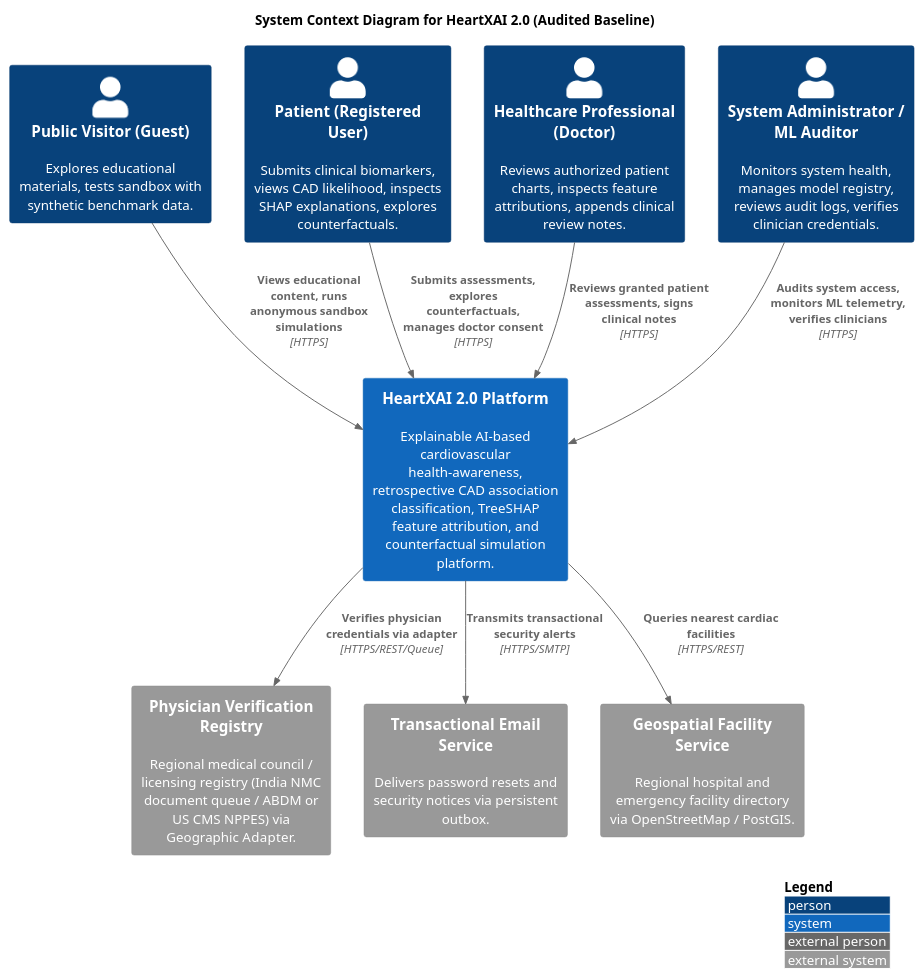
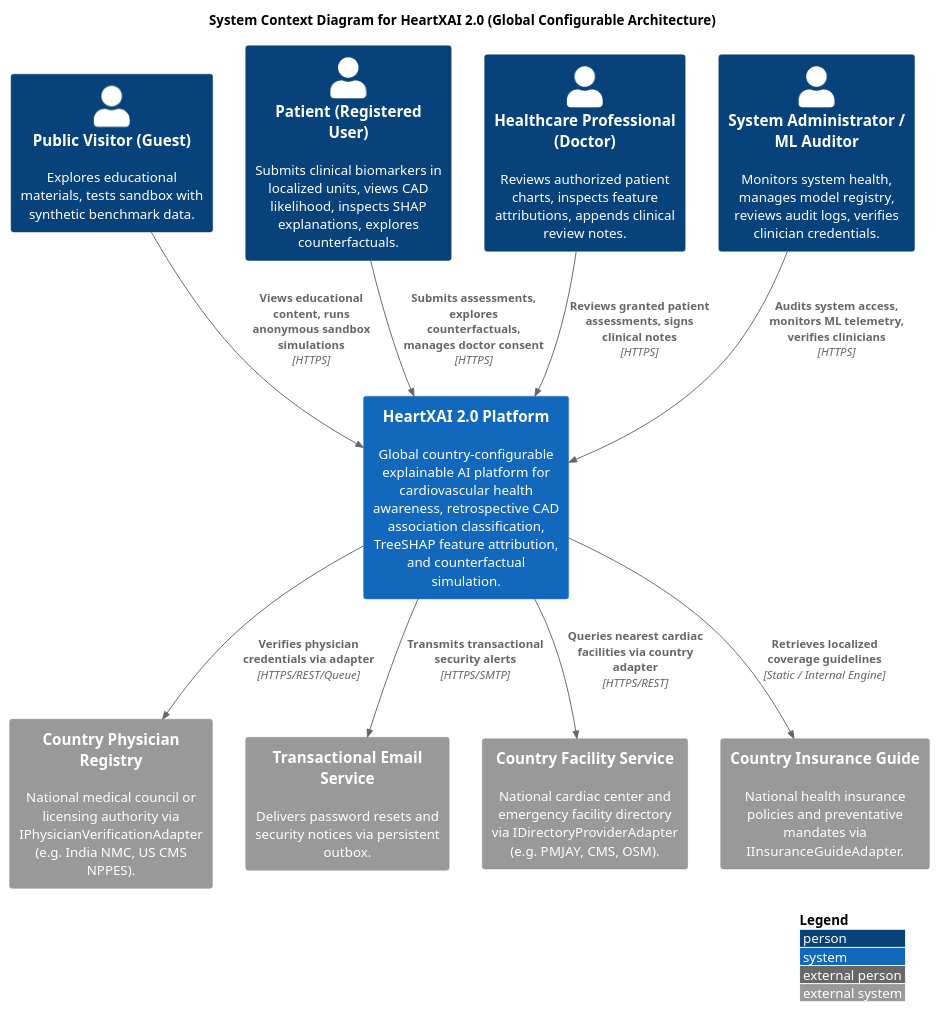
One commit to sandeep-kumar-270904/Heart-Disease-Risk-Prediction changed the diagram in docs/diagrams/c4_context.puml. Above: the diagram before and after it, drawn with PlantUML. The commit also changed 15 other files, not shown here.

Commit message:
docs(phase-3): ratify global country-configurable architecture across 8 modules, adapters, and traceability

```diff
--- a/docs/diagrams/c4_context.puml
+++ b/docs/diagrams/c4_context.puml
@@ -1,28 +1,30 @@
 @startuml c4_system_context
 !include https://raw.githubusercontent.com/plantuml-stdlib/C4-PlantUML/master/C4_Context.puml
 
 LAYOUT_WITH_LEGEND()
 
-title System Context Diagram for HeartXAI 2.0 (Audited Baseline)
+title System Context Diagram for HeartXAI 2.0 (Global Configurable Architecture)
 
 Person(guest, "Public Visitor (Guest)", "Explores educational materials, tests sandbox with synthetic benchmark data.")
-Person(patient, "Patient (Registered User)", "Submits clinical biomarkers, views CAD likelihood, inspects SHAP explanations, explores counterfactuals.")
+Person(patient, "Patient (Registered User)", "Submits clinical biomarkers in localized units, views CAD likelihood, inspects SHAP explanations, explores counterfactuals.")
 Person(doctor, "Healthcare Professional (Doctor)", "Reviews authorized patient charts, inspects feature attributions, appends clinical review notes.")
 Person(admin, "System Administrator / ML Auditor", "Monitors system health, manages model registry, reviews audit logs, verifies clinician credentials.")
 
-System(heartxai, "HeartXAI 2.0 Platform", "Explainable AI-based cardiovascular health-awareness, retrospective CAD association classification, TreeSHAP feature attribution, and counterfactual simulation platform.")
+System(heartxai, "HeartXAI 2.0 Platform", "Global country-configurable explainable AI platform for cardiovascular health awareness, retrospective CAD association classification, TreeSHAP feature attribution, and counterfactual simulation.")
 
-System_Ext(medical_registry, "Physician Verification Registry", "Regional medical council / licensing registry (India NMC document queue / ABDM or US CMS NPPES) via Geographic Adapter.")
+System_Ext(medical_registry, "Country Physician Registry", "National medical council or licensing authority via IPhysicianVerificationAdapter (e.g. India NMC, US CMS NPPES).")
 System_Ext(email_service, "Transactional Email Service", "Delivers password resets and security notices via persistent outbox.")
-System_Ext(geo_service, "Geospatial Facility Service", "Regional hospital and emergency facility directory via OpenStreetMap / PostGIS.")
+System_Ext(geo_service, "Country Facility Service", "National cardiac center and emergency facility directory via IDirectoryProviderAdapter (e.g. PMJAY, CMS, OSM).")
+System_Ext(insurance_service, "Country Insurance Guide", "National health insurance policies and preventative mandates via IInsuranceGuideAdapter.")
 
 Rel(guest, heartxai, "Views educational content, runs anonymous sandbox simulations", "HTTPS")
 Rel(patient, heartxai, "Submits assessments, explores counterfactuals, manages doctor consent", "HTTPS")
 Rel(doctor, heartxai, "Reviews granted patient assessments, signs clinical notes", "HTTPS")
 Rel(admin, heartxai, "Audits system access, monitors ML telemetry, verifies clinicians", "HTTPS")
 
 Rel(heartxai, medical_registry, "Verifies physician credentials via adapter", "HTTPS/REST/Queue")
 Rel(heartxai, email_service, "Transmits transactional security alerts", "HTTPS/SMTP")
-Rel(heartxai, geo_service, "Queries nearest cardiac facilities", "HTTPS/REST")
+Rel(heartxai, geo_service, "Queries nearest cardiac facilities via country adapter", "HTTPS/REST")
+Rel(heartxai, insurance_service, "Retrieves localized coverage guidelines", "Static / Internal Engine")
 
 @enduml
```
